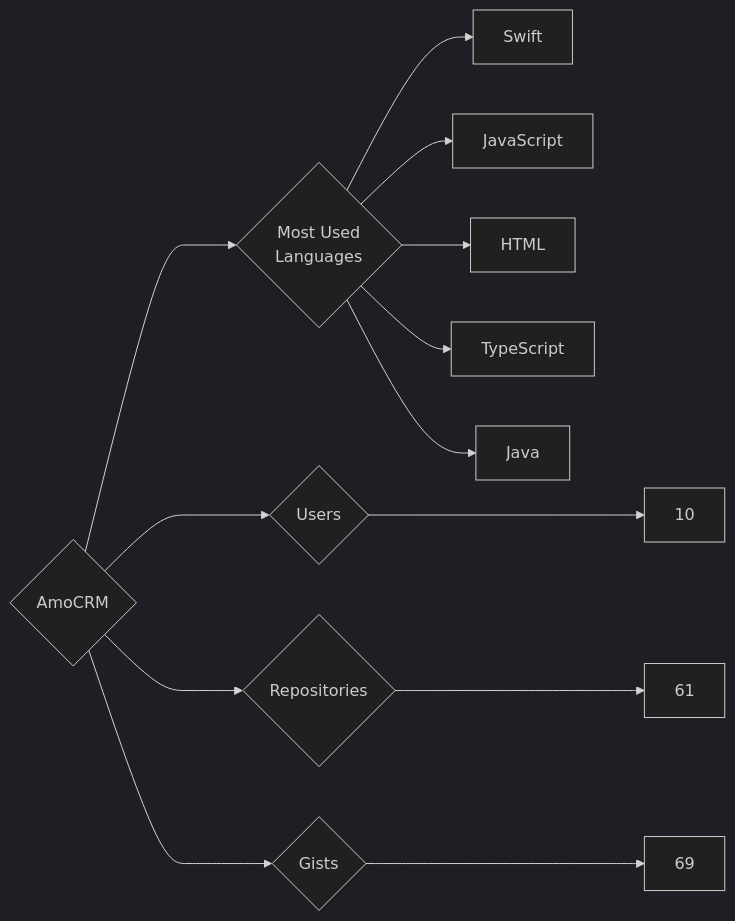
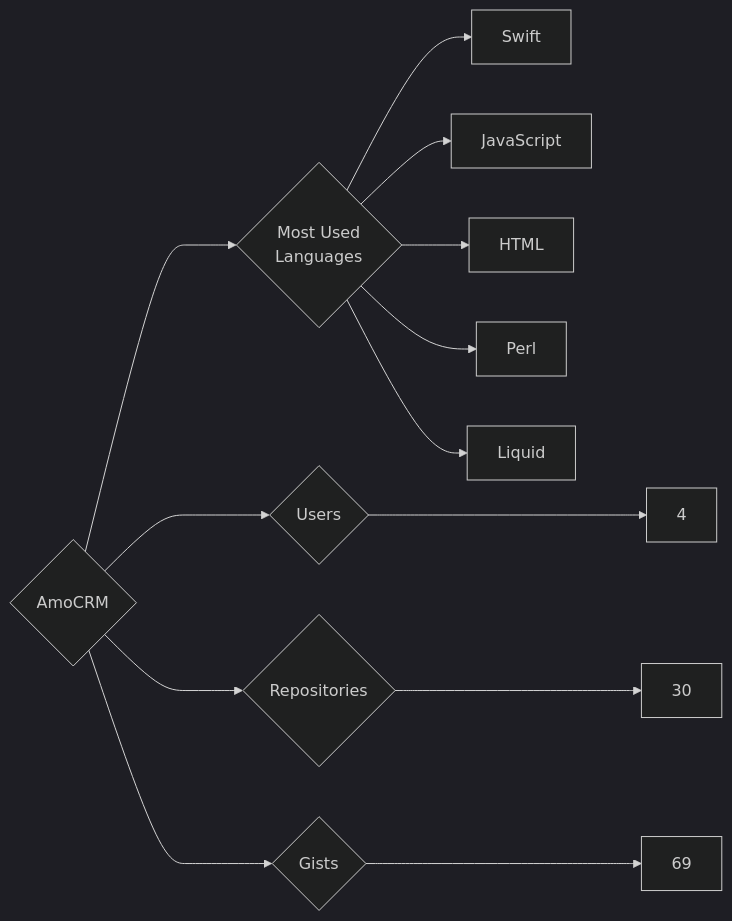
The diagram in targets/AmoCRM/README.md (trickest/insiders), drawn with Mermaid (dark theme) before and after one commit. The commit also changed 553 other files, not shown here.

````diff
--- a/targets/AmoCRM/README.md
+++ b/targets/AmoCRM/README.md
@@ -3,13 +3,13 @@
 ```mermaid
 graph LR
 COMPANY_NAME{AmoCRM}
-COMPANY_NAME ---> U{Users} ---> UN[10]
-COMPANY_NAME ---> R{Repositories} ---> RN[61]
+COMPANY_NAME ---> U{Users} ---> UN[4]
+COMPANY_NAME ---> R{Repositories} ---> RN[30]
 COMPANY_NAME ---> G{Gists} ---> GN[69]
 COMPANY_NAME ---> ML{Most Used<br>Languages}
 ML --> Swift[Swift]
 ML --> JavaScript[JavaScript]
 ML --> HTML[HTML]
-ML --> TypeScript[TypeScript]
-ML --> Java[Java]
+ML --> Perl[Perl]
+ML --> Liquid[Liquid]
 ```
````
